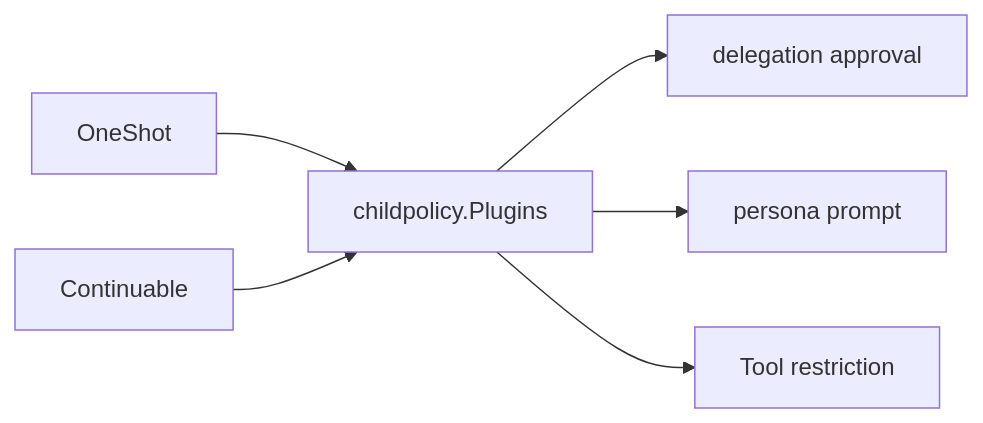
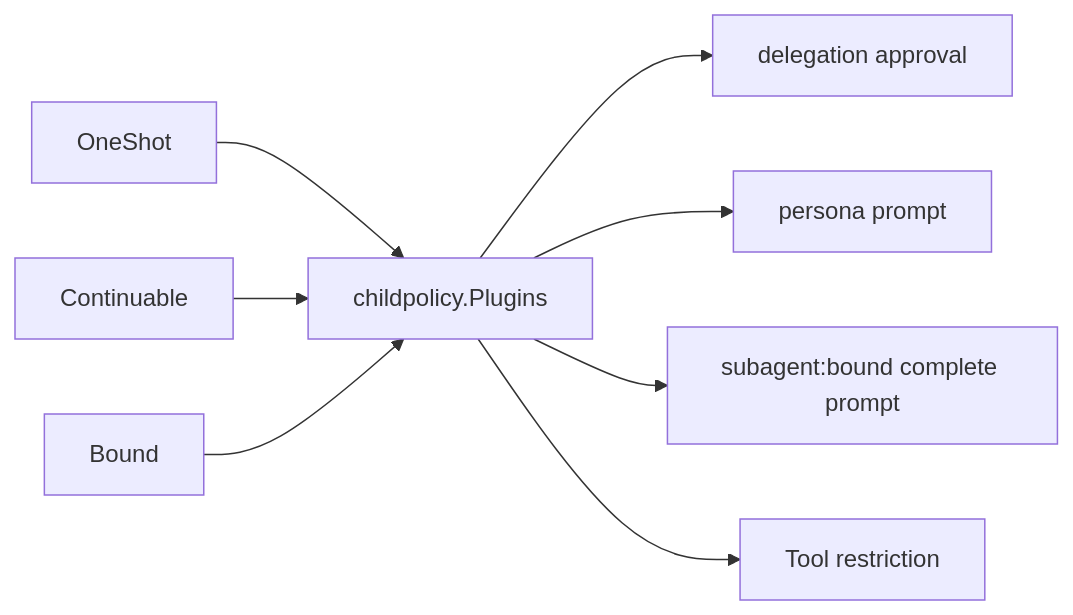
Before and after one commit to gorenx/goren: the diagram in subagent/internal/childpolicy/README.zh-CN.md, drawn with Mermaid. The commit also changed other lines of this file and 16 other files, not shown here.

Commit message:
docs(subagent): document global bound lifecycle

````diff
--- a/subagent/internal/childpolicy/README.zh-CN.md
+++ b/subagent/internal/childpolicy/README.zh-CN.md
@@ -5,8 +5,10 @@
 ```mermaid
 flowchart LR
     OneShot --> Policy[childpolicy.Plugins]
     Continuable --> Policy
+    Bound --> Policy
     Policy --> Approval[delegation approval]
     Policy --> Persona[persona prompt]
+    Policy --> BoundPrompt[subagent:bound complete prompt]
     Policy --> Restriction[Tool restriction]
 ```
````
